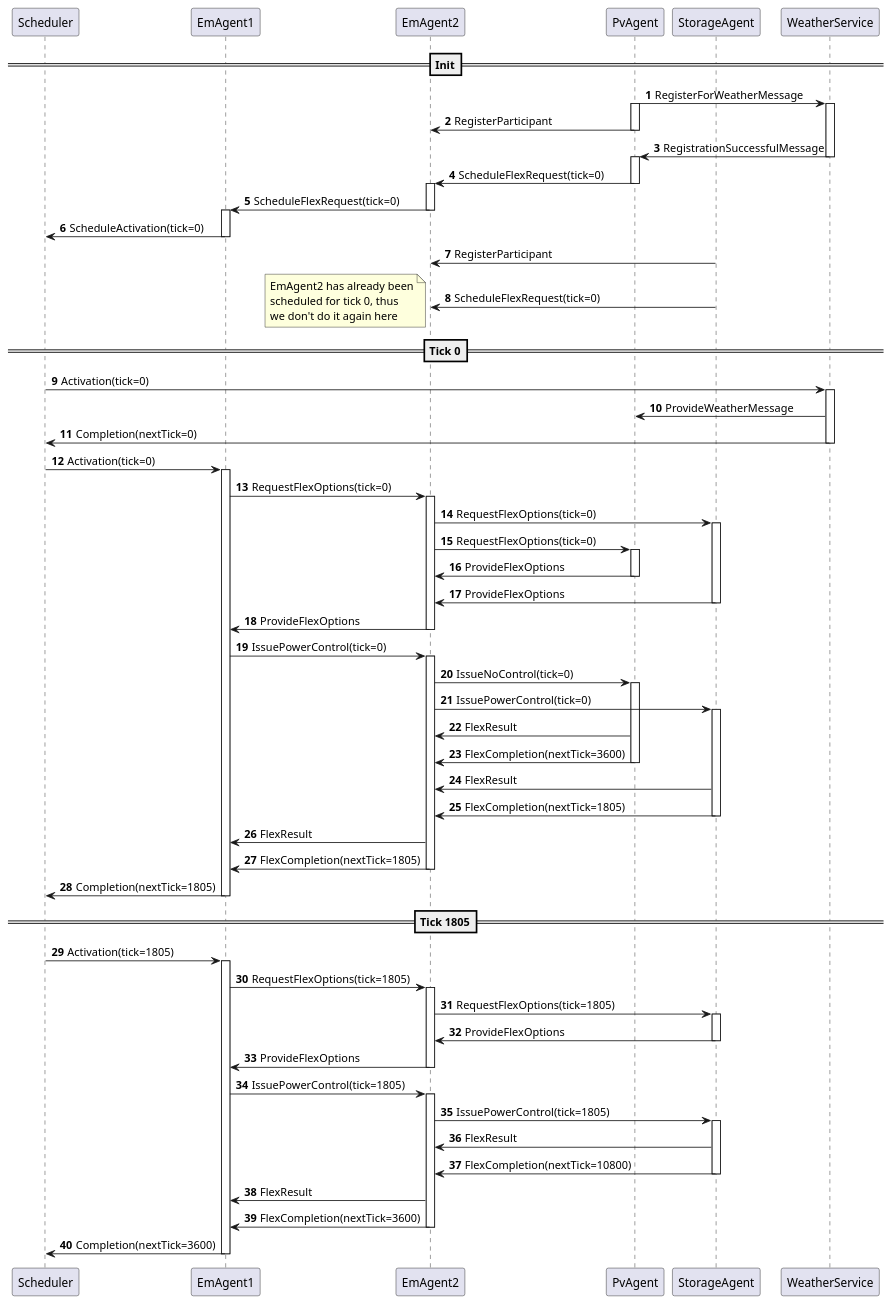
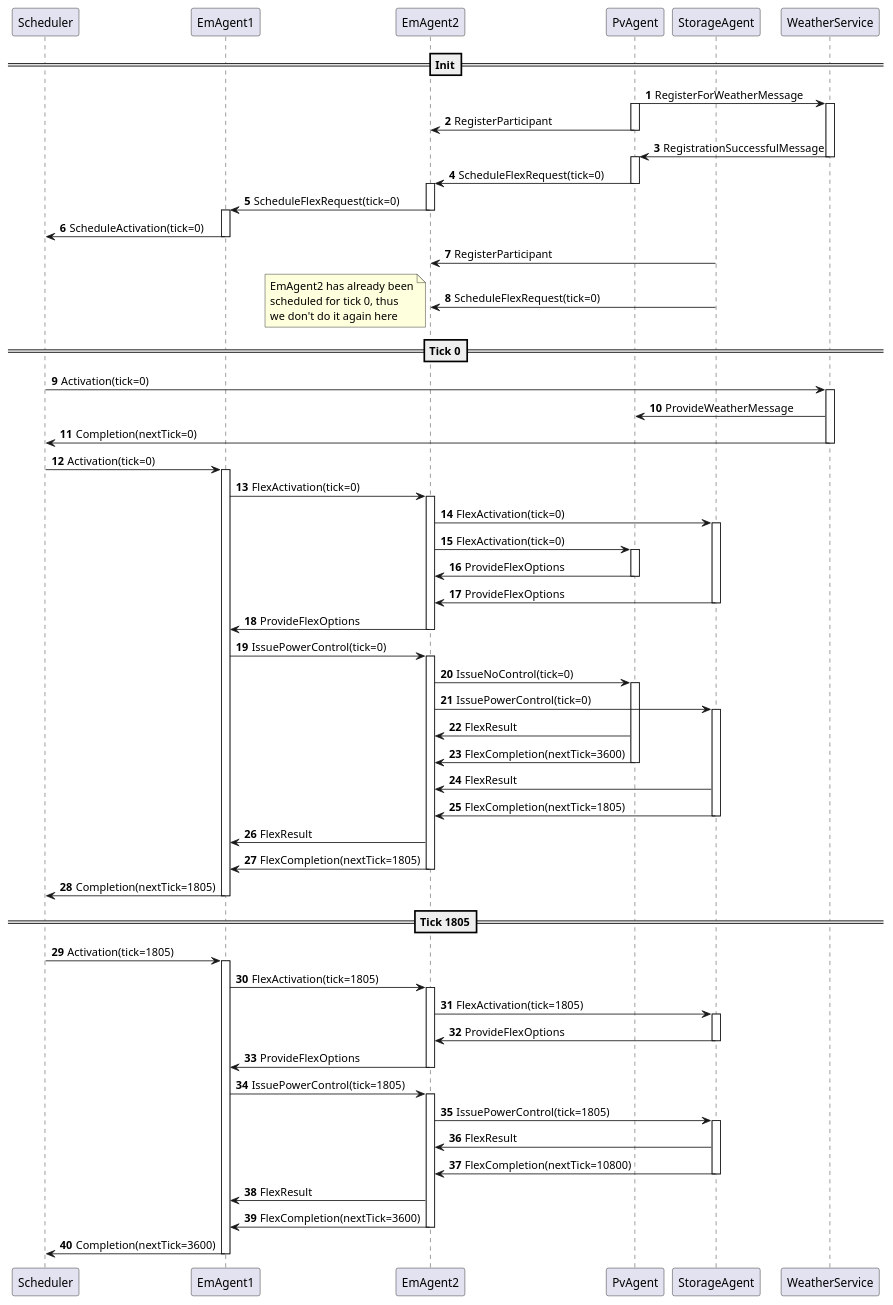
One commit to ie3-institute/simona changed the diagram in docs/uml/protocol/em/ControlledEm.puml. Above: the diagram before and after it, drawn with PlantUML. The commit also changed 11 other files, not shown here.

```diff
--- a/docs/uml/protocol/em/ControlledEm.puml
+++ b/docs/uml/protocol/em/ControlledEm.puml
@@ -1,133 +1,133 @@
 @startuml
 'https://plantuml.com/sequence-diagram
 
 ' set fixed order
 participant Scheduler
 participant EmAgent1
 participant EmAgent2
 participant PvAgent
 participant StorageAgent
 participant WeatherService
 
 autonumber
 
 ==Init==
 
 PvAgent -> WeatherService: RegisterForWeatherMessage
 activate PvAgent
 activate WeatherService
 PvAgent -> EmAgent2: RegisterParticipant
 deactivate PvAgent
 
 WeatherService -> PvAgent: RegistrationSuccessfulMessage
 deactivate WeatherService
 activate PvAgent
 PvAgent -> EmAgent2: ScheduleFlexRequest(tick=0)
 deactivate PvAgent
 activate EmAgent2
 
 EmAgent2 -> EmAgent1: ScheduleFlexRequest(tick=0)
 deactivate EmAgent2
 activate EmAgent1
 EmAgent1 -> Scheduler: ScheduleActivation(tick=0)
 deactivate EmAgent1
 
 StorageAgent -> EmAgent2: RegisterParticipant
 StorageAgent -> EmAgent2: ScheduleFlexRequest(tick=0)
 
 note left
 EmAgent2 has already been
 scheduled for tick 0, thus
 we don't do it again here
 end note
 
 ==Tick 0==
 
 Scheduler -> WeatherService: Activation(tick=0)
 activate WeatherService
 
 WeatherService -> PvAgent: ProvideWeatherMessage
 
 WeatherService -> Scheduler: Completion(nextTick=0)
 deactivate WeatherService
 
 Scheduler -> EmAgent1: Activation(tick=0)
 activate EmAgent1
 
-EmAgent1 -> EmAgent2: RequestFlexOptions(tick=0)
+EmAgent1 -> EmAgent2: FlexActivation(tick=0)
 activate EmAgent2
 
-EmAgent2 -> StorageAgent: RequestFlexOptions(tick=0)
+EmAgent2 -> StorageAgent: FlexActivation(tick=0)
 activate StorageAgent
 
-EmAgent2 -> PvAgent: RequestFlexOptions(tick=0)
+EmAgent2 -> PvAgent: FlexActivation(tick=0)
 activate PvAgent
 
 PvAgent -> EmAgent2: ProvideFlexOptions
 deactivate PvAgent
 
 StorageAgent -> EmAgent2: ProvideFlexOptions
 deactivate StorageAgent
 
 EmAgent2 -> EmAgent1: ProvideFlexOptions
 deactivate EmAgent2
 
 EmAgent1 -> EmAgent2: IssuePowerControl(tick=0)
 activate EmAgent2
 
 EmAgent2 -> PvAgent: IssueNoControl(tick=0)
 activate PvAgent
 
 EmAgent2 -> StorageAgent: IssuePowerControl(tick=0)
 activate StorageAgent
 
 PvAgent -> EmAgent2: FlexResult
 PvAgent -> EmAgent2: FlexCompletion(nextTick=3600)
 deactivate PvAgent
 
 StorageAgent -> EmAgent2: FlexResult
 StorageAgent -> EmAgent2: FlexCompletion(nextTick=1805)
 deactivate StorageAgent
 
 EmAgent2 -> EmAgent1: FlexResult
 EmAgent2 -> EmAgent1: FlexCompletion(nextTick=1805)
 deactivate EmAgent2
 
 EmAgent1 -> Scheduler: Completion(nextTick=1805)
 deactivate EmAgent1
 
 ==Tick 1805==
 
 Scheduler -> EmAgent1: Activation(tick=1805)
 activate EmAgent1
 
-EmAgent1 -> EmAgent2: RequestFlexOptions(tick=1805)
+EmAgent1 -> EmAgent2: FlexActivation(tick=1805)
 activate EmAgent2
 
-EmAgent2 -> StorageAgent: RequestFlexOptions(tick=1805)
+EmAgent2 -> StorageAgent: FlexActivation(tick=1805)
 activate StorageAgent
 
 StorageAgent -> EmAgent2: ProvideFlexOptions
 deactivate StorageAgent
 
 EmAgent2 -> EmAgent1: ProvideFlexOptions
 deactivate EmAgent2
 
 EmAgent1 -> EmAgent2: IssuePowerControl(tick=1805)
 activate EmAgent2
 
 EmAgent2 -> StorageAgent: IssuePowerControl(tick=1805)
 activate StorageAgent
 
 StorageAgent -> EmAgent2: FlexResult
 StorageAgent -> EmAgent2: FlexCompletion(nextTick=10800)
 deactivate StorageAgent
 
 EmAgent2 -> EmAgent1: FlexResult
 EmAgent2 -> EmAgent1: FlexCompletion(nextTick=3600)
 deactivate EmAgent2
 
 EmAgent1 -> Scheduler: Completion(nextTick=3600)
 deactivate EmAgent1
 
 @enduml
```
